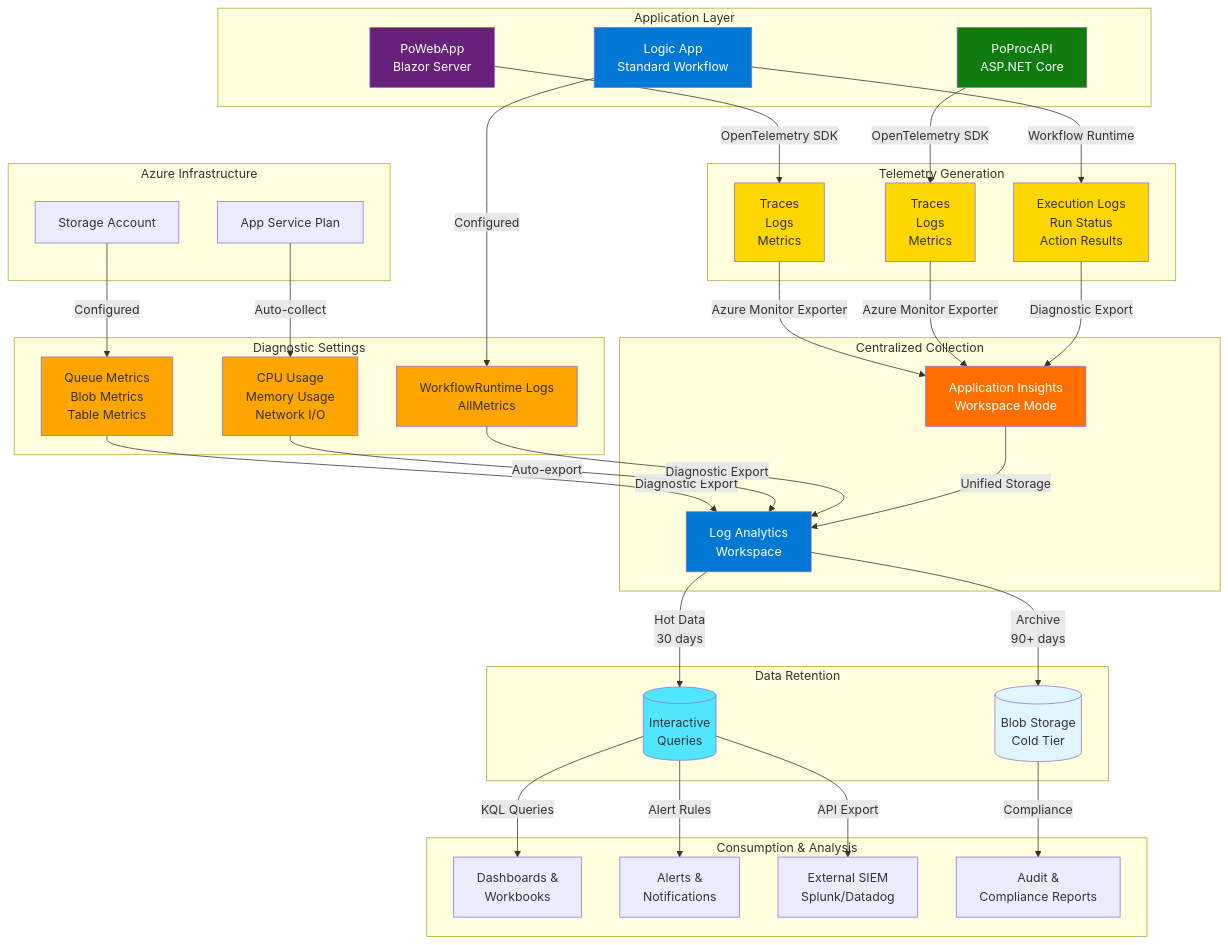
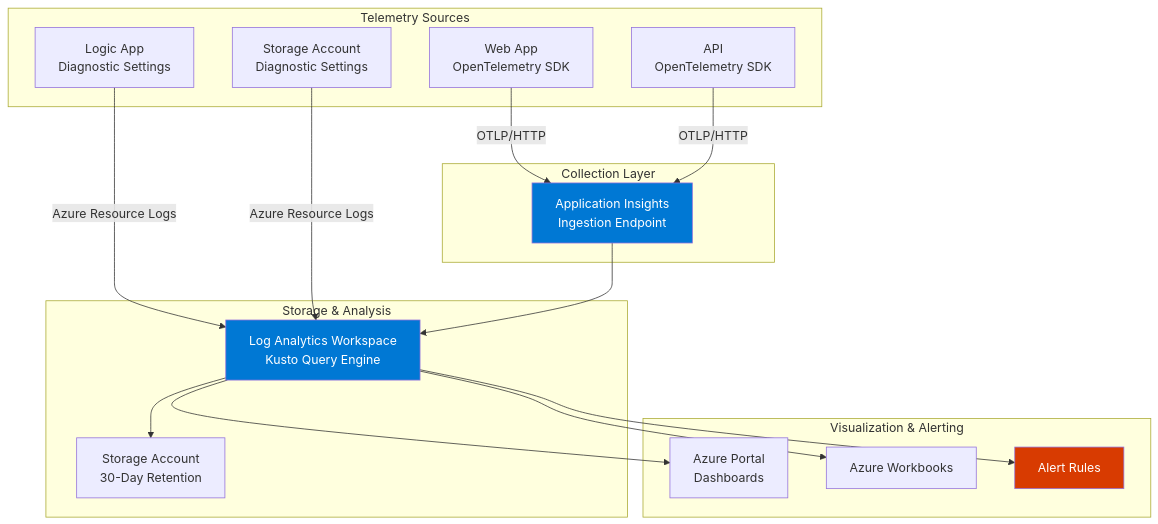
Before and after one commit to Evilazaro/Azure-LogicApps-Monitoring: the third of 3 diagrams in README.md, drawn with Mermaid. The commit also changed other lines of this file, not shown here.

````diff
--- a/README.md
+++ b/README.md
@@ -191,61 +187,39 @@
 ```mermaid
 flowchart TB
-    subgraph Applications["Application Layer"]
-        WebApp[PoWebApp<br/>Blazor Server]
-        API[PoProcAPI<br/>ASP.NET Core]
-        LogicApp[Logic App<br/>Standard Workflow]
+    subgraph Sources["Telemetry Sources"]
+        WebApp[Web App<br/>OpenTelemetry SDK]
+        API[API<br/>OpenTelemetry SDK]
+        LogicApp[Logic App<br/>Diagnostic Settings]
+        Storage[Storage Account<br/>Diagnostic Settings]
     end
 
-    subgraph Telemetry["Telemetry Generation"]
-        WebApp -->|OpenTelemetry SDK| WebTrace[Traces<br/>Logs<br/>Metrics]
-        API -->|OpenTelemetry SDK| APITrace[Traces<br/>Logs<br/>Metrics]
-        LogicApp -->|Workflow Runtime| WFLogs[Execution Logs<br/>Run Status<br/>Action Results]
+    subgraph Collection["Collection Layer"]
+        AppInsights[Application Insights<br/>Ingestion Endpoint]
     end
 
-    subgraph Infrastructure["Azure Infrastructure"]
-        Storage[Storage Account]
-        AppPlan[App Service Plan]
+    subgraph Storage_Layer["Storage & Analysis"]
+        LogAnalytics[Log Analytics Workspace<br/>Kusto Query Engine]
+        LongTerm[Storage Account<br/>30-Day Retention]
     end
 
-    subgraph DiagSettings["Diagnostic Settings"]
-        Storage -->|Configured| StorageDiag[Queue Metrics<br/>Blob Metrics<br/>Table Metrics]
-        AppPlan -->|Auto-collect| PlatformDiag[CPU Usage<br/>Memory Usage<br/>Network I/O]
-        LogicApp -->|Configured| WorkflowDiag[WorkflowRuntime Logs<br/>AllMetrics]
+    subgraph Visualization["Visualization & Alerting"]
+        Portal[Azure Portal<br/>Dashboards]
+        Workbooks[Azure Workbooks]
+        Alerts[Alert Rules]
     end
 
-    subgraph Collection["Centralized Collection"]
-        WebTrace -->|Azure Monitor Exporter| AI[Application Insights<br/>Workspace Mode]
-        APITrace -->|Azure Monitor Exporter| AI
-        WFLogs -->|Diagnostic Export| AI
-        StorageDiag -->|Diagnostic Export| LAW[Log Analytics<br/>Workspace]
-        PlatformDiag -->|Auto-export| LAW
-        WorkflowDiag -->|Diagnostic Export| LAW
-        AI -->|Unified Storage| LAW
-    end
+    WebApp -->|OTLP/HTTP| AppInsights
+    API -->|OTLP/HTTP| AppInsights
+    LogicApp -->|Azure Resource Logs| LogAnalytics
+    Storage -->|Azure Resource Logs| LogAnalytics
 
-    subgraph Retention["Data Retention"]
-        LAW -->|Hot Data<br/>30 days| HotTier[(Interactive<br/>Queries)]
-        LAW -->|Archive<br/>90+ days| ColdTier[(Blob Storage<br/>Cold Tier)]
-    end
+    AppInsights --> LogAnalytics
+    LogAnalytics --> LongTerm
+    LogAnalytics --> Portal
+    LogAnalytics --> Workbooks
+    LogAnalytics --> Alerts
 
-    subgraph Consumption["Consumption & Analysis"]
-        HotTier -->|KQL Queries| Dashboard[Dashboards &<br/>Workbooks]
-        HotTier -->|Alert Rules| Alerts[Alerts &<br/>Notifications]
-        HotTier -->|API Export| External[External SIEM<br/>Splunk/Datadog]
-        ColdTier -->|Compliance| Audit[Audit &<br/>Compliance Reports]
-    end
-
-    style WebApp fill:#68217A,color:#fff
-    style API fill:#107C10,color:#fff
-    style LogicApp fill:#0078D4,color:#fff
-    style AI fill:#FF6F00,color:#fff
-    style LAW fill:#0078D4,color:#fff
-    style HotTier fill:#50E6FF
-    style ColdTier fill:#E0F7FF
-    style WebTrace fill:#FFD700
-    style APITrace fill:#FFD700
-    style WFLogs fill:#FFD700
-    style StorageDiag fill:#FFA500
-    style PlatformDiag fill:#FFA500
-    style WorkflowDiag fill:#FFA500
+    style AppInsights fill:#0078D4,color:#fff
+    style LogAnalytics fill:#0078D4,color:#fff
+    style Alerts fill:#D83B01,color:#fff
 ```
````
